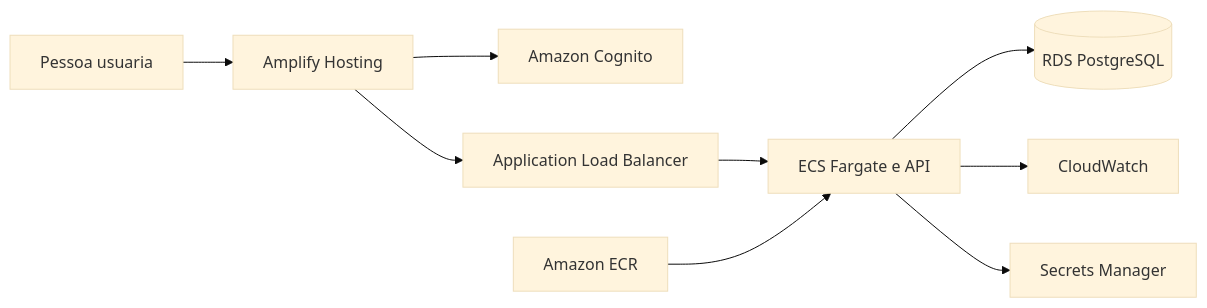
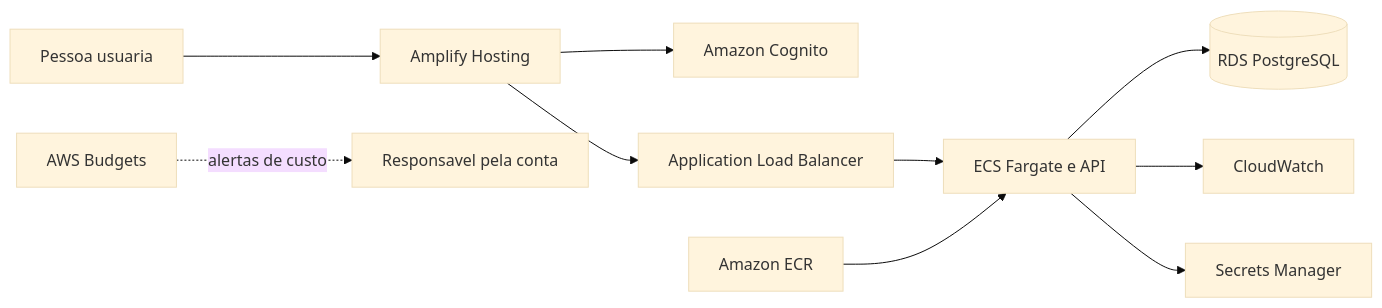
One commit to WilliamRochaJR/code-arena changed the first of 2 diagrams in infrastructure/terraform/README.md. Above: the diagram before and after it, drawn with Mermaid (base theme). The commit also changed other lines of this file and 6 other files, not shown here.

````diff
--- a/infrastructure/terraform/README.md
+++ b/infrastructure/terraform/README.md
@@ -8,11 +9,12 @@
 ```mermaid
 flowchart LR
     User[Pessoa usuaria] --> Amplify[Amplify Hosting]
     Amplify --> Cognito[Amazon Cognito]
     Amplify --> ALB[Application Load Balancer]
     ALB --> ECS[ECS Fargate e API]
     ECS --> RDS[(RDS PostgreSQL)]
     ECS --> CloudWatch[CloudWatch]
     ECS --> Secrets[Secrets Manager]
     ECR[Amazon ECR] --> ECS
+    Budget[AWS Budgets] -.->|alertas de custo| Owner[Responsavel pela conta]
 ```
````
